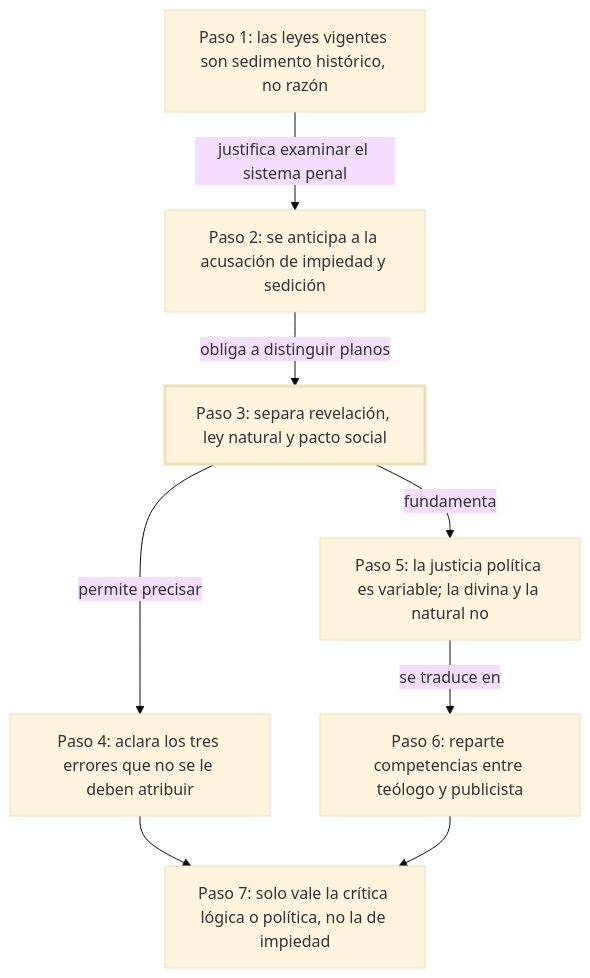
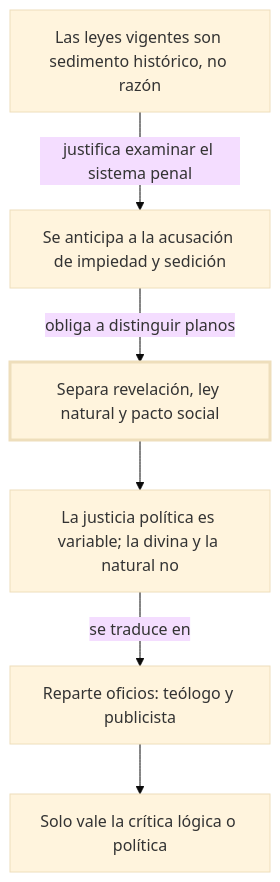
Before and after one commit to SebastianMora98/derecho: the diagram in libros/beccaria-delitos-y-penas/estudio/01-al-lector.md, drawn with Mermaid (base theme). The commit also changed other lines of this file and 17 other files, not shown here.

````diff
--- a/libros/beccaria-delitos-y-penas/estudio/01-al-lector.md
+++ b/libros/beccaria-delitos-y-penas/estudio/01-al-lector.md
@@ -41,18 +21,15 @@
 ```mermaid
 flowchart TD
-    P1["Paso 1: las leyes vigentes son sedimento histórico, no razón"]
-    P2["Paso 2: se anticipa a la acusación de impiedad y sedición"]
-    P3["Paso 3: separa revelación, ley natural y pacto social"]:::critico
-    P4["Paso 4: aclara los tres errores que no se le deben atribuir"]
-    P5["Paso 5: la justicia política es variable; la divina y la natural no"]
-    P6["Paso 6: reparte competencias entre teólogo y publicista"]
-    P7["Paso 7: solo vale la crítica lógica o política, no la de impiedad"]
-    P1 -->|"justifica examinar el sistema penal"| P2
-    P2 -->|"obliga a distinguir planos"| P3
-    P3 -->|"permite precisar"| P4
-    P3 -->|"fundamenta"| P5
-    P5 -->|"se traduce en"| P6
-    P4 --> P7
-    P6 --> P7
+    B["Las leyes vigentes son sedimento histórico, no razón"]
+    A["Se anticipa a la acusación de impiedad y sedición"]
+    S["Separa revelación, ley natural y pacto social"]:::critico
+    V["La justicia política es variable; la divina y la natural no"]
+    O["Reparte oficios: teólogo y publicista"]
+    C["Solo vale la crítica lógica o política"]
+    B -->|"justifica examinar el sistema penal"| A
+    A -->|"obliga a distinguir planos"| S
+    S --> V
+    V -->|"se traduce en"| O
+    O --> C
     classDef critico stroke-width:3px
 ```
````
